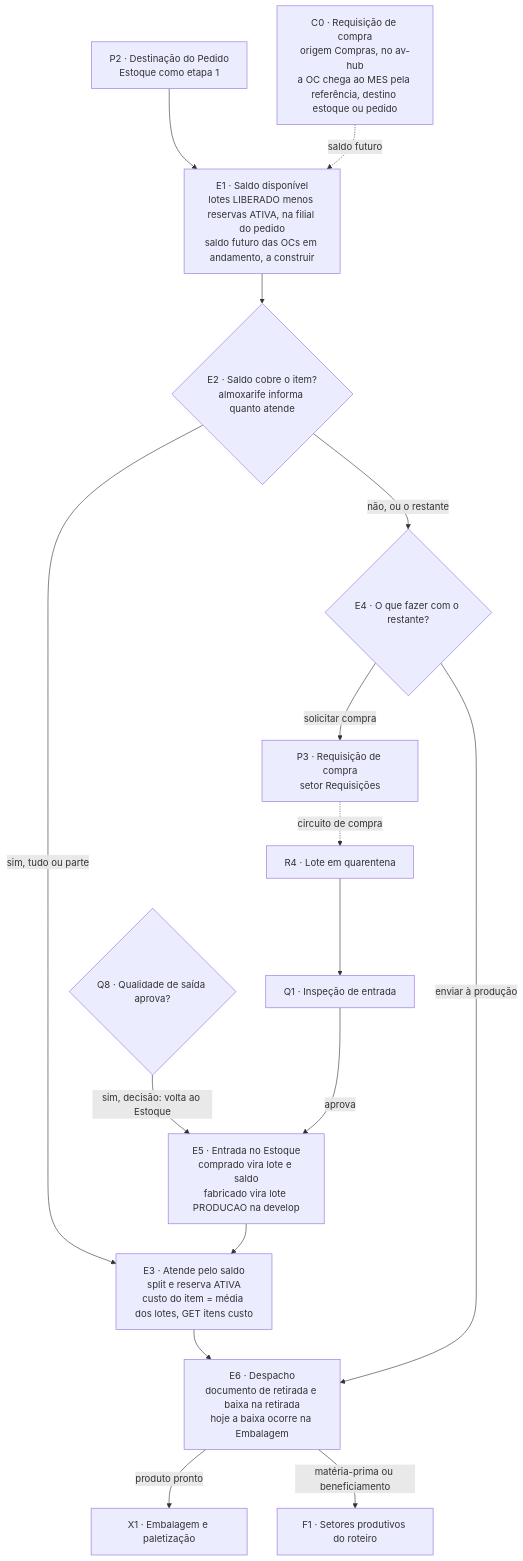
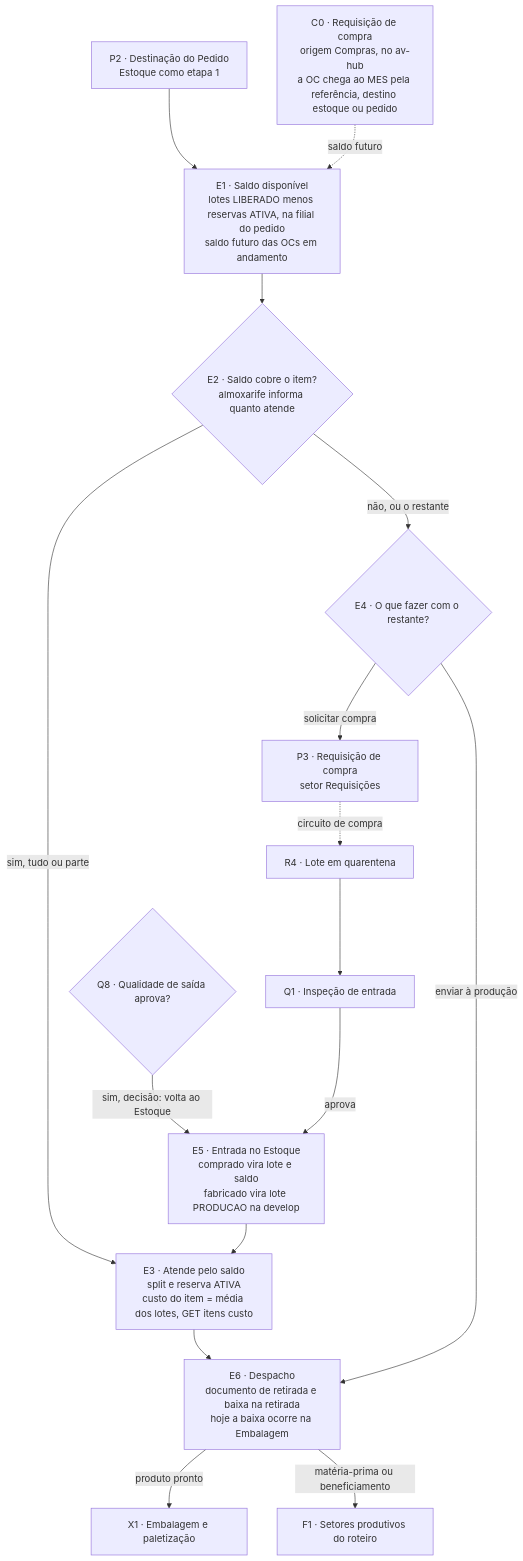
One commit to pablo-cruzbr/vault-avhub-mer changed the diagram in 02-Fluxo-de-Atividades/05-Estoque-Atendimento.md. Above: the diagram before and after it, drawn with Mermaid. The commit also changed other lines of this file, not shown here.

First line of the commit message:
docs(05-Estoque-Atendimento): conferência e reteste de 13/11 na develop de 12/11

````diff
--- a/02-Fluxo-de-Atividades/05-Estoque-Atendimento.md
+++ b/02-Fluxo-de-Atividades/05-Estoque-Atendimento.md
@@ -240,18 +242,18 @@
 ```mermaid
 flowchart TD
-    P2["P2 · Destinação do Pedido<br/>Estoque como etapa 1"] --> E1["E1 · Saldo disponível<br/>lotes LIBERADO menos reservas ATIVA, na filial do pedido<br/>saldo futuro das OCs em andamento, a construir"]
+    P2["P2 · Destinação do Pedido<br/>Estoque como etapa 1"] --> E1["E1 · Saldo disponível<br/>lotes LIBERADO menos reservas ATIVA, na filial do pedido<br/>saldo futuro das OCs em andamento"]
     C0["C0 · Requisição de compra<br/>origem Compras, no av-hub<br/>a OC chega ao MES pela referência, destino estoque ou pedido"] -.->|"saldo futuro"| E1
     E1 --> E2{"E2 · Saldo cobre o item?<br/>almoxarife informa quanto atende"}
     E2 -->|"sim, tudo ou parte"| E3["E3 · Atende pelo saldo<br/>split e reserva ATIVA<br/>custo do item = média dos lotes, GET itens custo"]
     E2 -->|"não, ou o restante"| E4{"E4 · O que fazer com o restante?"}
     E4 -->|"solicitar compra"| P3["P3 · Requisição de compra<br/>setor Requisições"]
     E4 -->|"enviar à produção"| E6
     P3 -.->|"circuito de compra"| R4["R4 · Lote em quarentena"]
     R4 --> Q1["Q1 · Inspeção de entrada"]
     Q1 -->|"aprova"| E5["E5 · Entrada no Estoque<br/>comprado vira lote e saldo<br/>fabricado vira lote PRODUCAO na develop"]
     Q8{"Q8 · Qualidade de saída aprova?"} -->|"sim, decisão: volta ao Estoque"| E5
     E5 --> E3
     E3 --> E6["E6 · Despacho<br/>documento de retirada e baixa na retirada<br/>hoje a baixa ocorre na Embalagem"]
     E6 -->|"produto pronto"| X1["X1 · Embalagem e paletização"]
     E6 -->|"matéria-prima ou beneficiamento"| F1["F1 · Setores produtivos do roteiro"]
 ```
````
